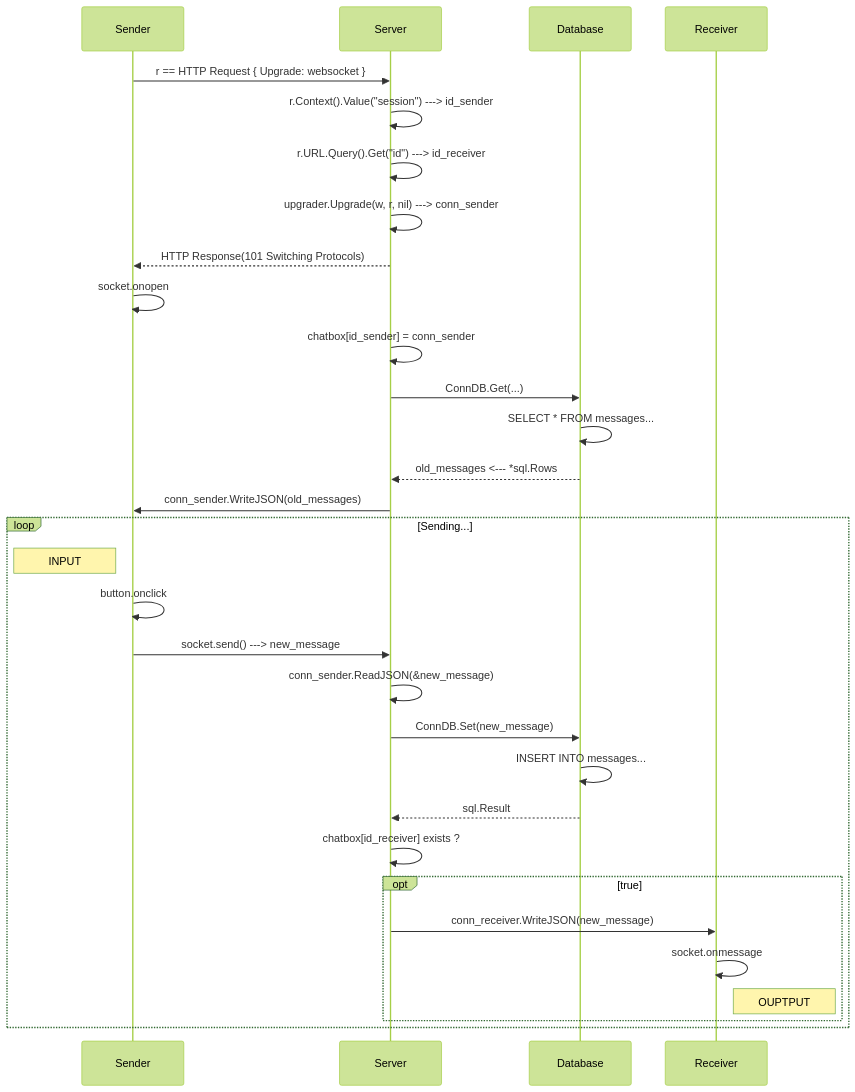
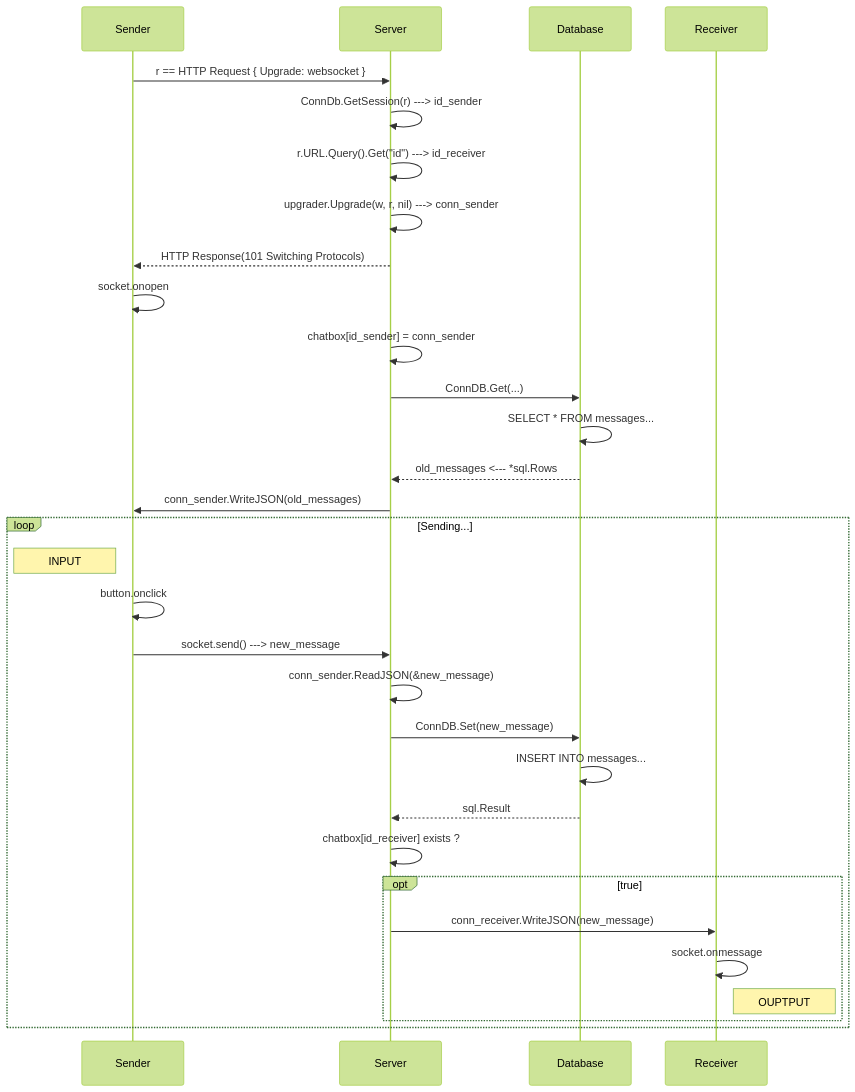
One commit to mamadbah2/social-network changed the eighth of 10 diagrams in README.md. Above: the diagram before and after it, drawn with Mermaid (forest theme). The commit also changed 1 other file, not shown here.

Commit message:
Changes made...

````diff
--- a/README.md
+++ b/README.md
@@ -397,36 +397,36 @@
 ```mermaid
 sequenceDiagram
     Participant Sender
     Participant Server
     Participant Database
     Participant Receiver
 
     Sender ->> Server: r == HTTP Request { Upgrade: websocket }
-    Server ->> Server: r.Context().Value("session") ---> id_sender
+    Server ->> Server: ConnDb.GetSession(r) ---> id_sender
     Server ->> Server: r.URL.Query().Get("id") ---> id_receiver
     Server ->> Server: upgrader.Upgrade(w, r, nil) ---> conn_sender
     Server -->> Sender: HTTP Response(101 Switching Protocols)
     Sender ->> Sender: socket.onopen
     Server ->> Server: chatbox[id_sender] = conn_sender
 
     Server ->> Database: ConnDB.Get(...)
     Database ->> Database: SELECT * FROM messages...
     Database -->> Server: old_messages <--- *sql.Rows
     Server ->> Sender: conn_sender.WriteJSON(old_messages)
 
     loop Sending...
         Note left of Sender: INPUT
         Sender ->> Sender: button.onclick
         Sender ->> Server: socket.send() ---> new_message
         Server ->> Server: conn_sender.ReadJSON(&new_message)
         Server ->> Database: ConnDB.Set(new_message)
         Database ->> Database: INSERT INTO messages...
         Database -->> Server: sql.Result
         Server ->> Server: chatbox[id_receiver] exists ?
         opt true
             Server ->> Receiver: conn_receiver.WriteJSON(new_message)
             Receiver ->> Receiver: socket.onmessage
             Note right of Receiver: OUPTPUT
         end
     end
 ```
````
